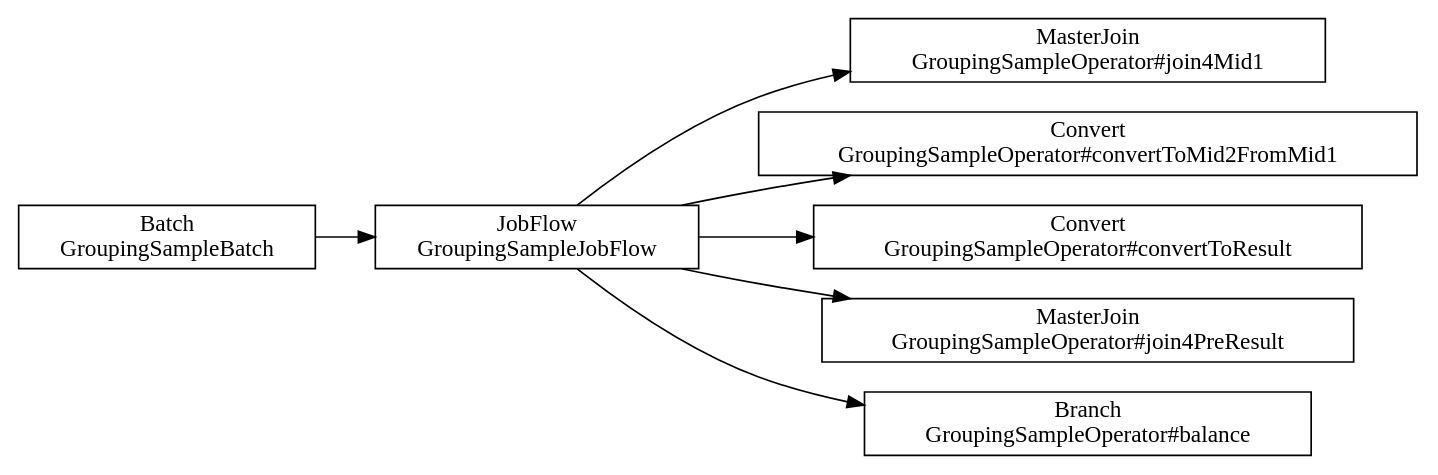
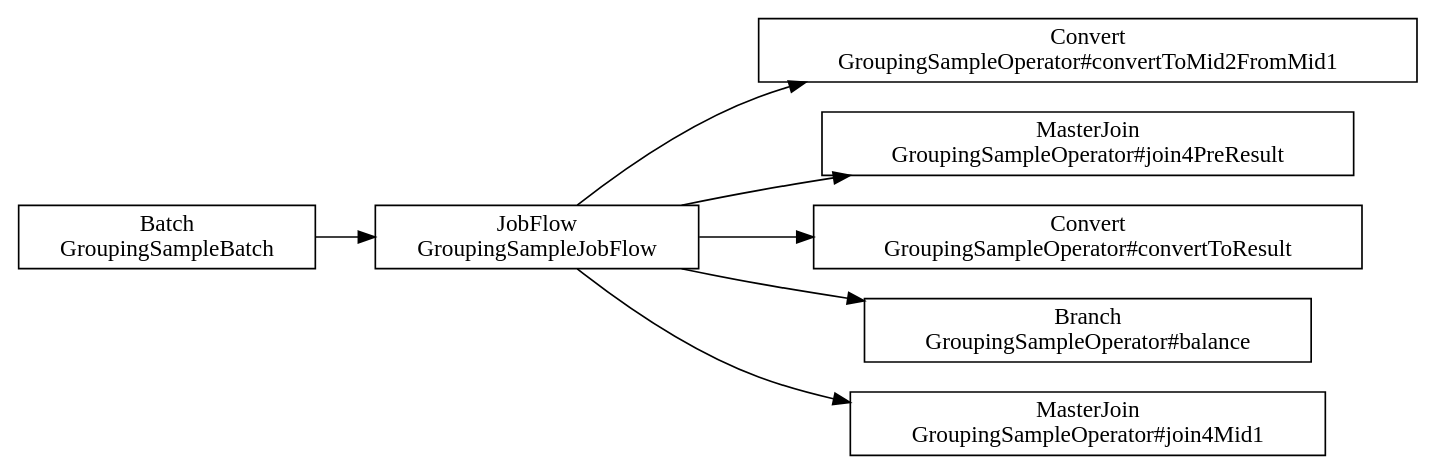
One commit to ironpeace/AsakusaGroupingSample changed the diagram in target/batchc/gsBatch/opt/dsl-analysis/batch/original-merged-structure.dot. Above: the diagram before and after it, drawn with Graphviz. The commit also changed 98 other files, not shown here.

```diff
--- a/target/batchc/gsBatch/opt/dsl-analysis/batch/original-merged-structure.dot
+++ b/target/batchc/gsBatch/opt/dsl-analysis/batch/original-merged-structure.dot
@@ -1,16 +1,16 @@
 digraph {
     rankdir = LR;
-    "83f1ade9-a261-47aa-b731-f3f40e3feef5" [shape=box, label="Batch\nGroupingSampleBatch"];
-    "16015d29-b109-4f99-a2c2-27f5d16bb914" [shape=box, label="JobFlow\nGroupingSampleJobFlow"];
-    "fd86dc50-a63f-4b5c-846b-7dd48e002e1e" [shape=box, label="MasterJoin\nGroupingSampleOperator#join4Mid1"];
-    "16015d29-b109-4f99-a2c2-27f5d16bb914" -> "fd86dc50-a63f-4b5c-846b-7dd48e002e1e";
-    "fe24129d-46d3-4512-8f57-1a13f2c96263" [shape=box, label="Convert\nGroupingSampleOperator#convertToMid2FromMid1"];
-    "16015d29-b109-4f99-a2c2-27f5d16bb914" -> "fe24129d-46d3-4512-8f57-1a13f2c96263";
-    "81c9da64-e291-45bd-b438-c5647499f975" [shape=box, label="Convert\nGroupingSampleOperator#convertToResult"];
-    "16015d29-b109-4f99-a2c2-27f5d16bb914" -> "81c9da64-e291-45bd-b438-c5647499f975";
-    "6a2eaec8-f23e-4c28-a112-d2d8dce02dc5" [shape=box, label="MasterJoin\nGroupingSampleOperator#join4PreResult"];
-    "16015d29-b109-4f99-a2c2-27f5d16bb914" -> "6a2eaec8-f23e-4c28-a112-d2d8dce02dc5";
-    "87b3b041-b07a-4caa-83ce-a2509494cd35" [shape=box, label="Branch\nGroupingSampleOperator#balance"];
-    "16015d29-b109-4f99-a2c2-27f5d16bb914" -> "87b3b041-b07a-4caa-83ce-a2509494cd35";
-    "83f1ade9-a261-47aa-b731-f3f40e3feef5" -> "16015d29-b109-4f99-a2c2-27f5d16bb914";
+    "7642f1a4-c0c8-4faf-85a3-1a227a701325" [shape=box, label="Batch\nGroupingSampleBatch"];
+    "eb67ee42-7a26-4f82-bbdd-a5a3c9d359f2" [shape=box, label="JobFlow\nGroupingSampleJobFlow"];
+    "46cb32f0-45da-40f2-a430-c59e59d07ad6" [shape=box, label="Convert\nGroupingSampleOperator#convertToMid2FromMid1"];
+    "eb67ee42-7a26-4f82-bbdd-a5a3c9d359f2" -> "46cb32f0-45da-40f2-a430-c59e59d07ad6";
+    "0ec8d285-60c0-4688-afe2-8b2ec29e240e" [shape=box, label="MasterJoin\nGroupingSampleOperator#join4PreResult"];
+    "eb67ee42-7a26-4f82-bbdd-a5a3c9d359f2" -> "0ec8d285-60c0-4688-afe2-8b2ec29e240e";
+    "c15d2c4c-07b8-4b3c-9d11-247aecca09b4" [shape=box, label="Convert\nGroupingSampleOperator#convertToResult"];
+    "eb67ee42-7a26-4f82-bbdd-a5a3c9d359f2" -> "c15d2c4c-07b8-4b3c-9d11-247aecca09b4";
+    "e7df8b43-d924-42f1-969a-dfd67b6babf2" [shape=box, label="Branch\nGroupingSampleOperator#balance"];
+    "eb67ee42-7a26-4f82-bbdd-a5a3c9d359f2" -> "e7df8b43-d924-42f1-969a-dfd67b6babf2";
+    "19e81512-b3be-4b3c-add1-3fb24ba033bb" [shape=box, label="MasterJoin\nGroupingSampleOperator#join4Mid1"];
+    "eb67ee42-7a26-4f82-bbdd-a5a3c9d359f2" -> "19e81512-b3be-4b3c-add1-3fb24ba033bb";
+    "7642f1a4-c0c8-4faf-85a3-1a227a701325" -> "eb67ee42-7a26-4f82-bbdd-a5a3c9d359f2";
 }
```
